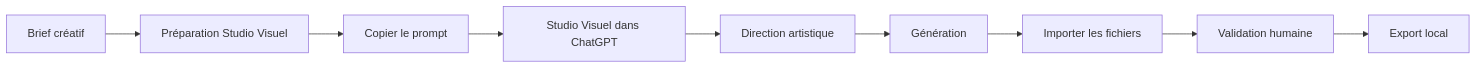
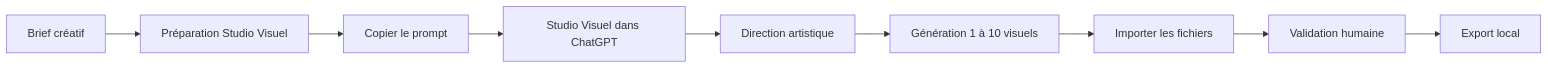
Before and after one commit to Etorrent-Org/visual-ai-studio: the diagram in README.md, drawn with Mermaid. The commit also changed other lines of this file, not shown here.

````diff
--- a/README.md
+++ b/README.md
@@ -76,11 +44,11 @@
 ```mermaid
 flowchart LR
     A[Brief créatif] --> B[Préparation Studio Visuel]
     B --> C[Copier le prompt]
     C --> D[Studio Visuel dans ChatGPT]
     D --> E[Direction artistique]
-    E --> F[Génération]
+    E --> F[Génération 1 à 10 visuels]
     F --> G[Importer les fichiers]
     G --> H[Validation humaine]
     H --> I[Export local]
 ```
````
